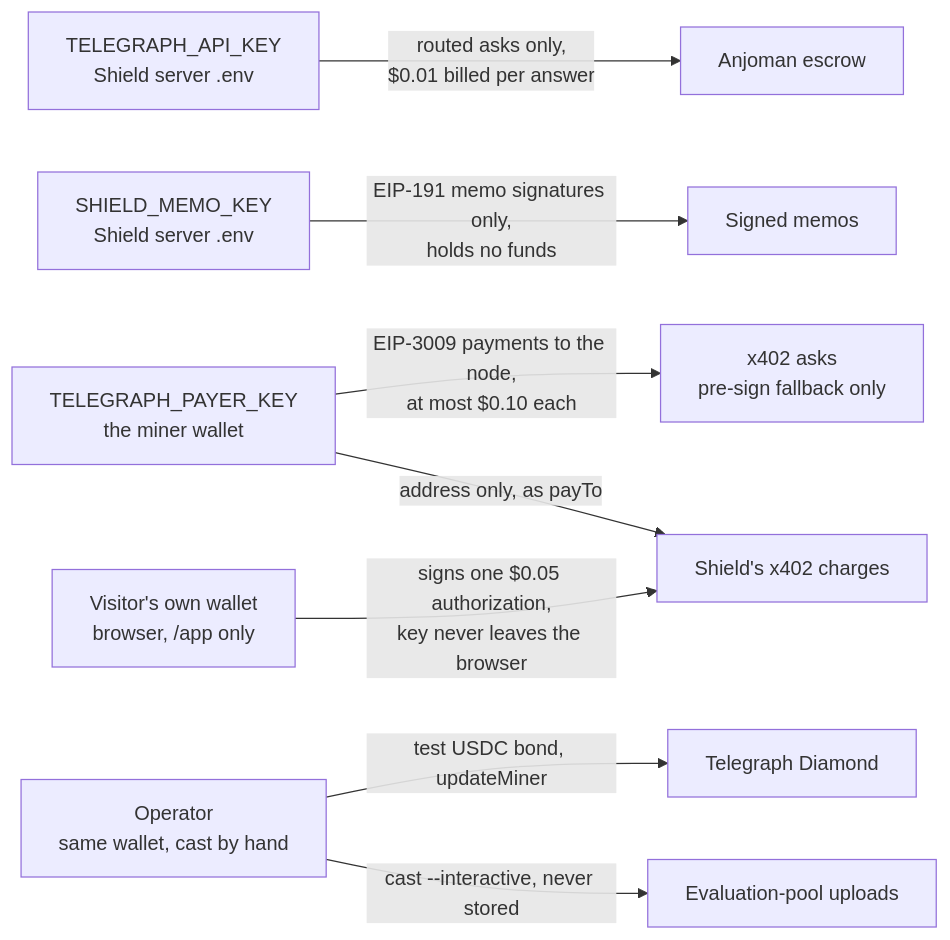
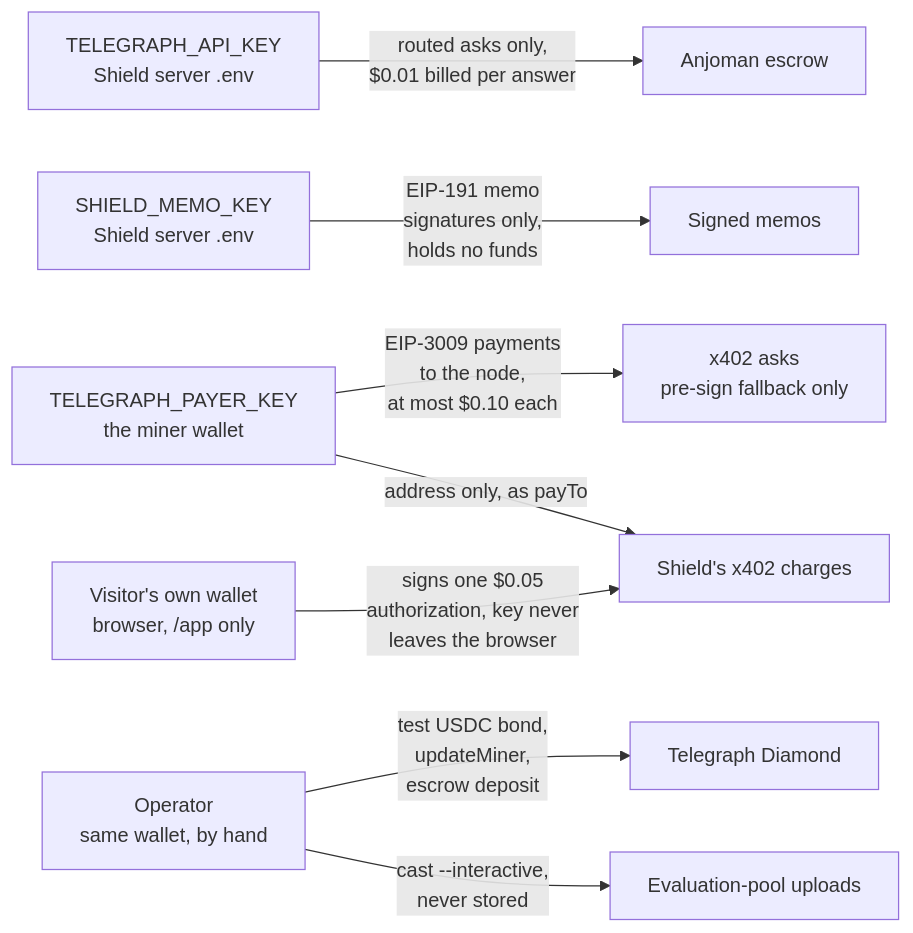
One commit to mrnetwork0001/Truvian changed the second of 7 diagrams in README.md. Above: the diagram before and after it, drawn with Mermaid. The commit also changed other lines of this file, not shown here.

````diff
--- a/README.md
+++ b/README.md
@@ -128,10 +173,10 @@
 ```mermaid
 flowchart LR
   APIKEY["TELEGRAPH_API_KEY<br/>Shield server .env"] -- "routed asks only,<br/>$0.01 billed per answer" --> ESCROW["Anjoman escrow"]
-  MEMOKEY["SHIELD_MEMO_KEY<br/>Shield server .env"] -- "EIP-191 memo signatures only,<br/>holds no funds" --> MEMOS["Signed memos"]
-  PAYER["TELEGRAPH_PAYER_KEY<br/>the miner wallet"] -- "EIP-3009 payments to the node,<br/>at most $0.10 each" --> XASK["x402 asks<br/>pre-sign fallback only"]
+  MEMOKEY["SHIELD_MEMO_KEY<br/>Shield server .env"] -- "EIP-191 memo<br/>signatures only,<br/>holds no funds" --> MEMOS["Signed memos"]
+  PAYER["TELEGRAPH_PAYER_KEY<br/>the miner wallet"] -- "EIP-3009 payments<br/>to the node,<br/>at most $0.10 each" --> XASK["x402 asks<br/>pre-sign fallback only"]
   PAYER -- "address only, as payTo" --> CHARGE["Shield's x402 charges"]
-  OPS["Operator<br/>same wallet, cast by hand"] -- "test USDC bond, updateMiner" --> DIAMOND["Telegraph Diamond"]
-  OPS -- "cast --interactive, never stored" --> EVAL["Evaluation-pool uploads"]
-  VISITOR["Visitor's own wallet<br/>browser, /app only"] -- "signs one $0.05 authorization,<br/>key never leaves the browser" --> CHARGE
+  OPS["Operator<br/>same wallet, by hand"] -- "test USDC bond,<br/>updateMiner,<br/>escrow deposit" --> DIAMOND["Telegraph Diamond"]
+  OPS -- "cast --interactive,<br/>never stored" --> EVAL["Evaluation-pool uploads"]
+  VISITOR["Visitor's own wallet<br/>browser, /app only"] -- "signs one $0.05<br/>authorization, key never<br/>leaves the browser" --> CHARGE
 ```
````
